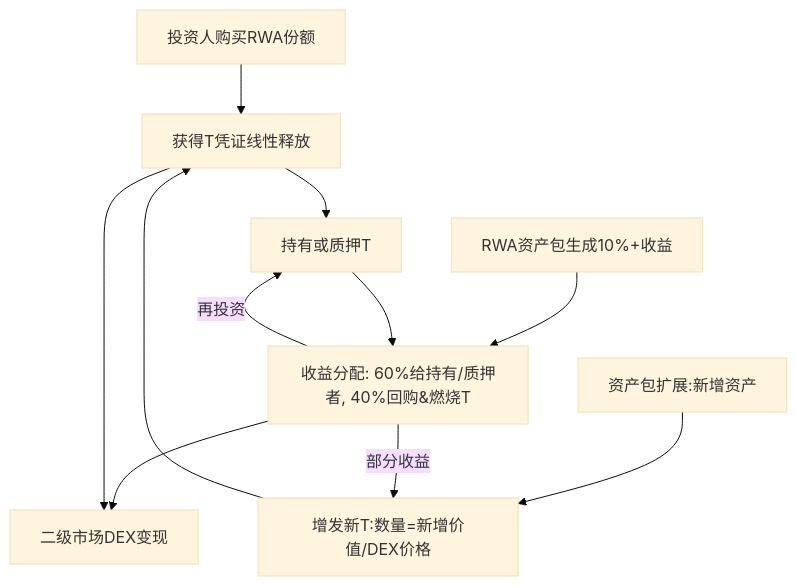
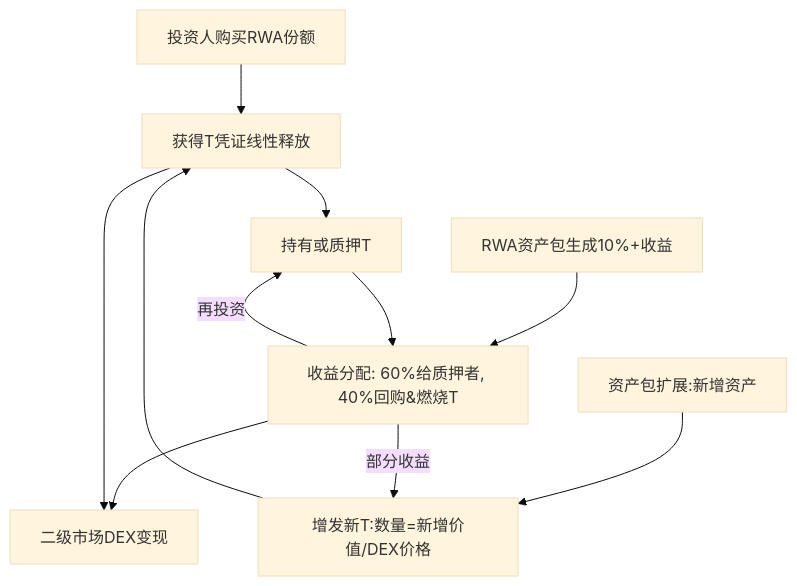
Before and after one commit to fullon-labs/self_research: the diagram in rwa-tokenomics.md, drawn with Mermaid (base theme).

````diff
--- a/rwa-tokenomics.md
+++ b/rwa-tokenomics.md
@@ -1,22 +1,22 @@
 ```mermaid
 graph TD
     A[投资人购买RWA份额]
     B[获得T凭证线性释放]
     C[持有或质押T]
     D[RWA资产包生成10%+收益]
-    E[收益分配: 60%给持有/质押者, 40%回购&燃烧T]
+    E[收益分配: 60%给质押者, 40%回购&燃烧T]
     F[二级市场DEX变现]
     G[资产包扩展:新增资产]
     H[增发新T:数量=新增价值/DEX价格]
     
     A --> B
     B --> C
     D --> E
     C --> E
     E -->|再投资| C
     E --> F
     B --> F
     G --> H
     H --> B
     E -->|部分收益| H
 ```
````
